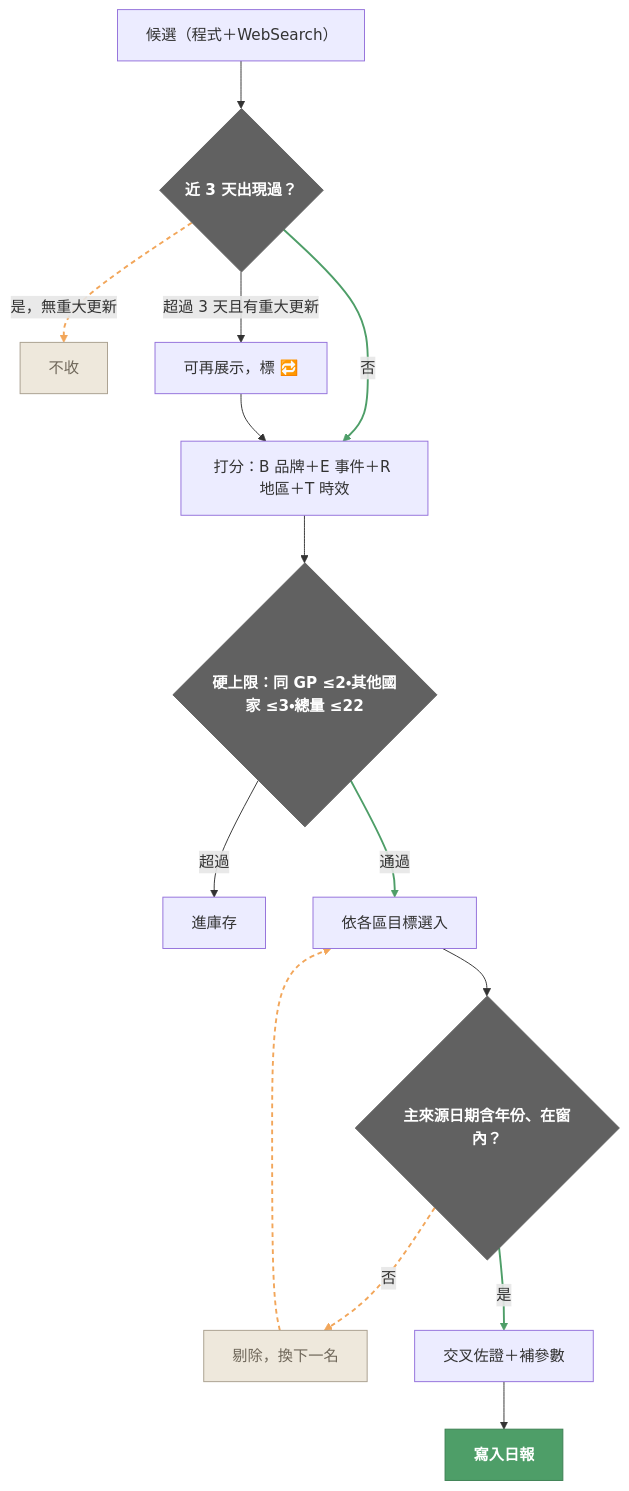
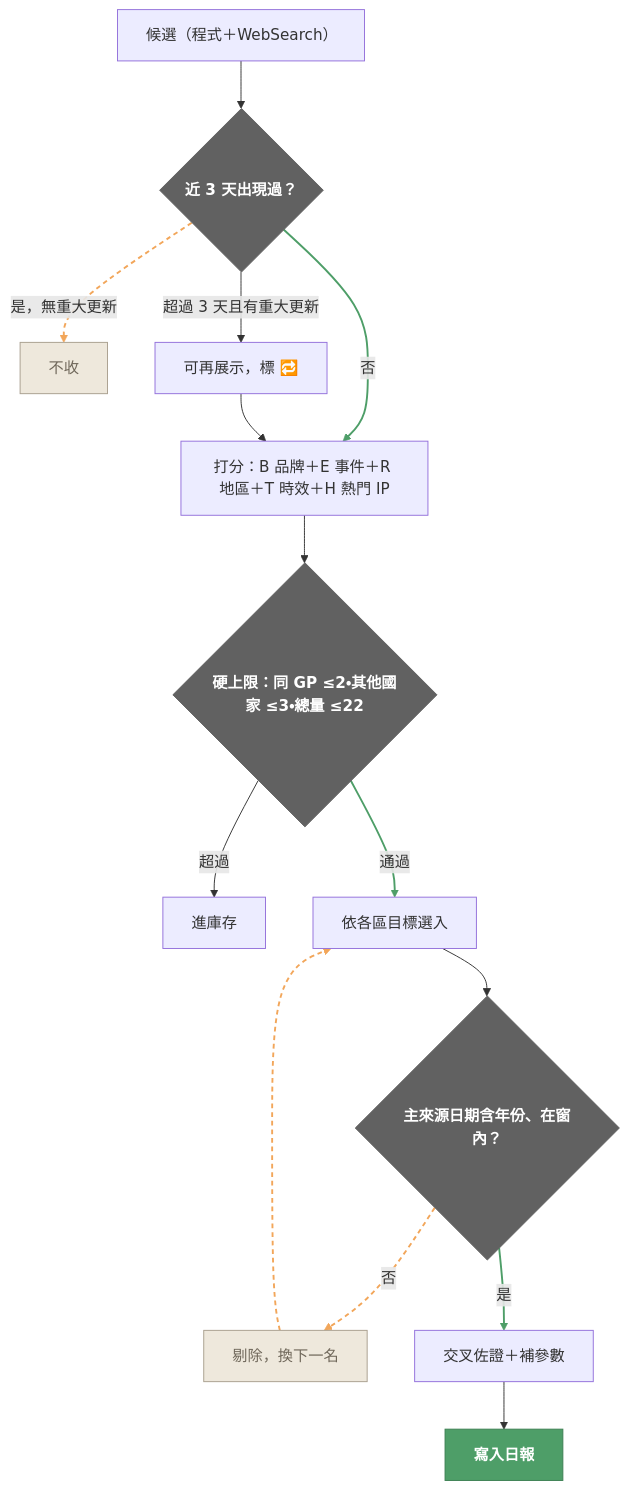
One commit to igaming-pulse/igaming-daily changed the third of 6 diagrams in OutputLogic.md. Above: the diagram before and after it, drawn with Mermaid. The commit also changed other lines of this file and 2 other files, not shown here.

````diff
--- a/OutputLogic.md
+++ b/OutputLogic.md
@@ -109,24 +121,24 @@
 ```mermaid
 flowchart TD
   C["候選（程式＋WebSearch）"] --> D{"近 3 天出現過？"}
   D -- "是，無重大更新" --> OUT1["不收"]
   D -- "超過 3 天且有重大更新" --> RE["可再展示，標 🔁"]
-  D -- 否 --> SC["打分：B 品牌＋E 事件＋R 地區＋T 時效"]
+  D -- 否 --> SC["打分：B 品牌＋E 事件＋R 地區＋T 時效＋H 熱門 IP"]
   RE --> SC
   SC --> CAP{"硬上限：同 GP ≤2・其他國家 ≤3・總量 ≤22"}
   CAP -- 超過 --> STOCK["進庫存"]
   CAP -- 通過 --> PICK["依各區目標選入"]
   PICK --> V{"主來源日期含年份、在窗內？"}
   V -- 否 --> SWAP["剔除，換下一名"]
   SWAP --> PICK
   V -- 是 --> X["交叉佐證＋補參數"]
   X --> W["寫入日報"]
   classDef gate fill:#616161,stroke:#616161,color:#FFFFFF,font-weight:700
   classDef out fill:#4E9E68,stroke:#3C7F52,color:#FFFFFF,font-weight:700
   classDef muted fill:#EEE8DC,stroke:#A99F8E,color:#6F675A
   class CAP,D,V gate
   class W out
   class OUT1,SWAP muted
   linkStyle 3,7,11 stroke:#4E9E68,stroke-width:2px
   linkStyle 1,9,10 stroke:#F2A65A,stroke-width:2px,stroke-dasharray:5 4
 ```
````
